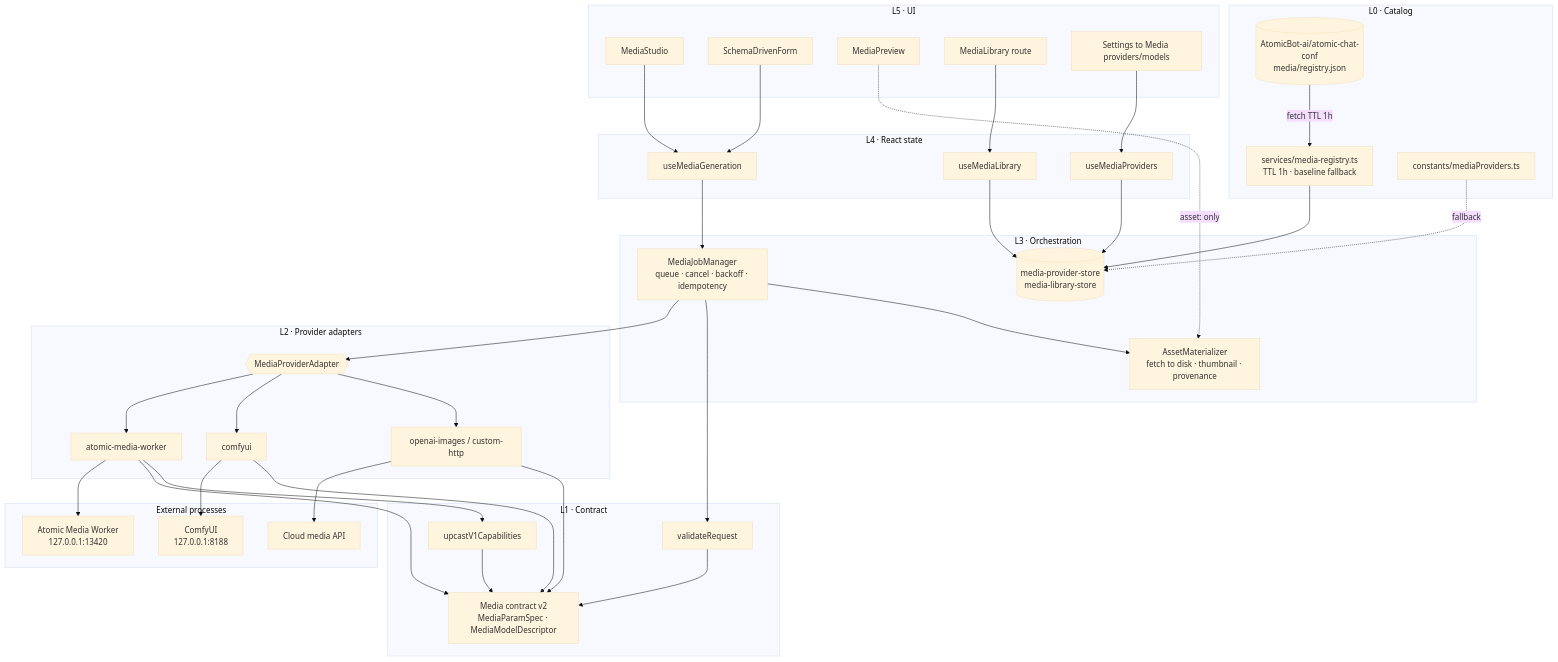
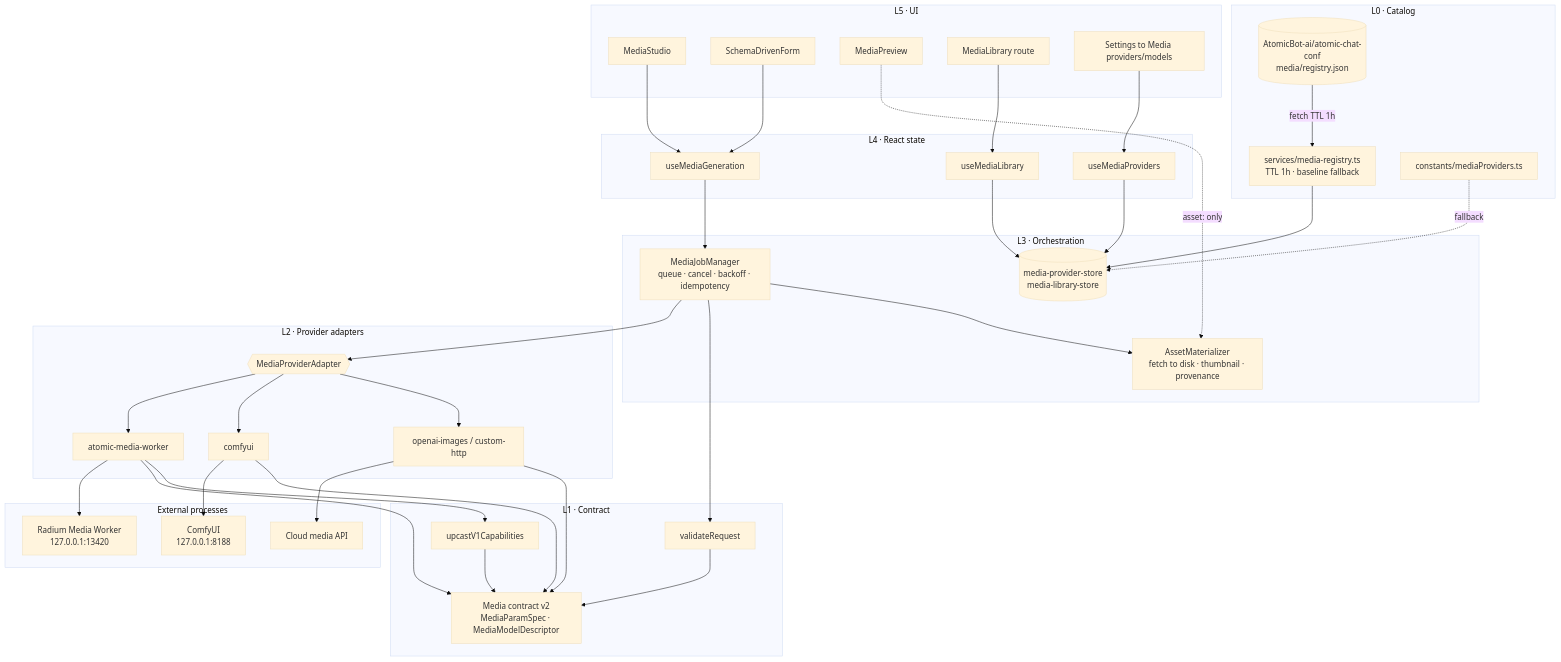
One commit to walladanger/Atomic-Chat changed the diagram in docs/superpowers/plans/2026-09-08-model-agnostic-atomic-media-platform.md. Above: the diagram before and after it, drawn with Mermaid (base theme). The commit also changed other lines of this file and 163 other files, not shown here.

````diff
--- a/docs/superpowers/plans/2026-09-08-model-agnostic-atomic-media-platform.md
+++ b/docs/superpowers/plans/2026-09-08-model-agnostic-atomic-media-platform.md
@@ -337,63 +337,63 @@
 ```mermaid
 flowchart TB
     subgraph L5 [L5 · UI]
         studio[MediaStudio]
         form[SchemaDrivenForm]
         preview[MediaPreview]
         library[MediaLibrary route]
         settings[Settings to Media providers/models]
     end
 
     subgraph L4 [L4 · React state]
         useMedia[useMediaGeneration]
         useProviders[useMediaProviders]
         useLibrary[useMediaLibrary]
     end
 
     subgraph L3 [L3 · Orchestration]
         jobmgr[MediaJobManager<br/>queue · cancel · backoff · idempotency]
         assets[AssetMaterializer<br/>fetch to disk · thumbnail · provenance]
         store[(media-provider-store<br/>media-library-store)]
     end
 
     subgraph L2 [L2 · Provider adapters]
         adapterIface{{MediaProviderAdapter}}
         aWorker[atomic-media-worker]
         aComfy[comfyui]
         aRemote[openai-images / custom-http]
     end
 
     subgraph L1 [L1 · Contract]
         contract[Media contract v2<br/>MediaParamSpec · MediaModelDescriptor]
         upcast[upcastV1Capabilities]
         validate[validateRequest]
     end
 
     subgraph L0 [L0 · Catalog]
         registry[services/media-registry.ts<br/>TTL 1h · baseline fallback]
         conf[(AtomicBot-ai/atomic-chat-conf<br/>media/registry.json)]
         baseline[constants/mediaProviders.ts]
     end
 
     subgraph EXT [External processes]
-        worker[Atomic Media Worker<br/>127.0.0.1:13420]
+        worker[Radium Media Worker<br/>127.0.0.1:13420]
         comfy[ComfyUI<br/>127.0.0.1:8188]
         cloud[Cloud media API]
     end
 
     studio --> useMedia --> jobmgr --> adapterIface
     form --> useMedia
     library --> useLibrary --> store
     settings --> useProviders --> store
     preview -.asset: only.-> assets
     adapterIface --> aWorker & aComfy & aRemote
     aWorker --> worker
     aComfy --> comfy
     aRemote --> cloud
     aWorker & aComfy & aRemote --> contract
     aWorker --> upcast --> contract
     jobmgr --> validate --> contract
     jobmgr --> assets
     conf -->|fetch TTL 1h| registry --> store
     baseline -.fallback.-> store
 ```
````
